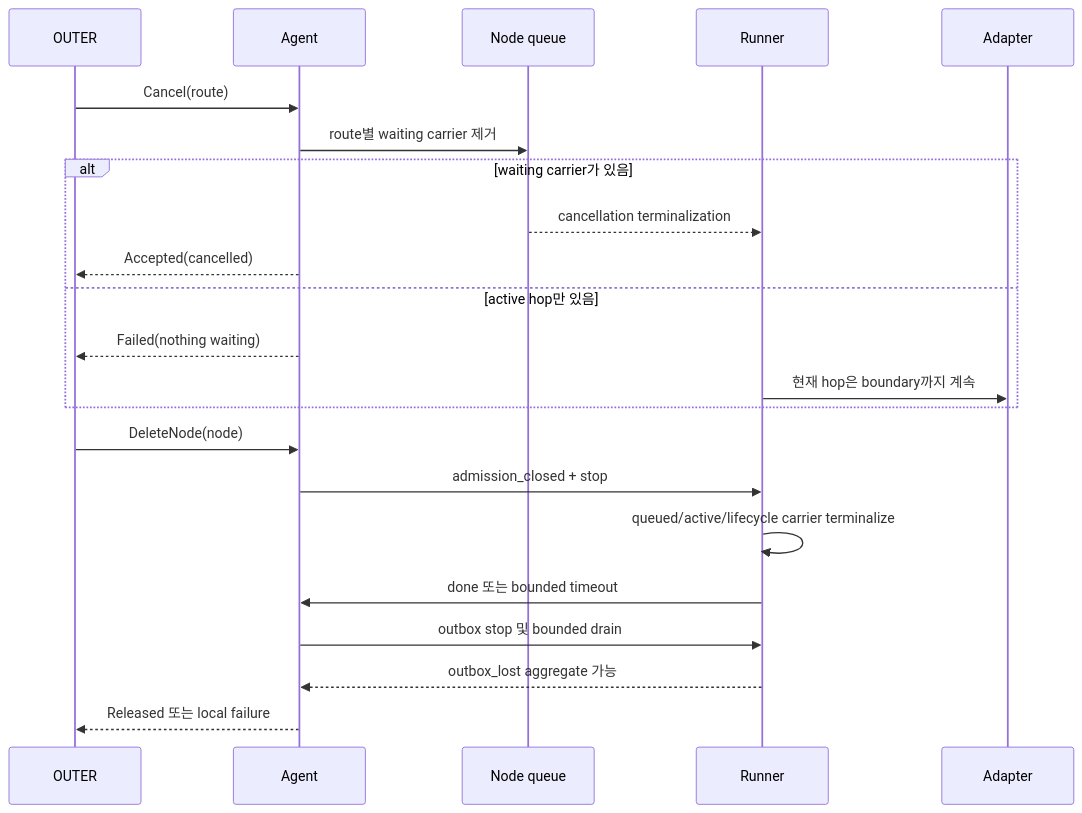
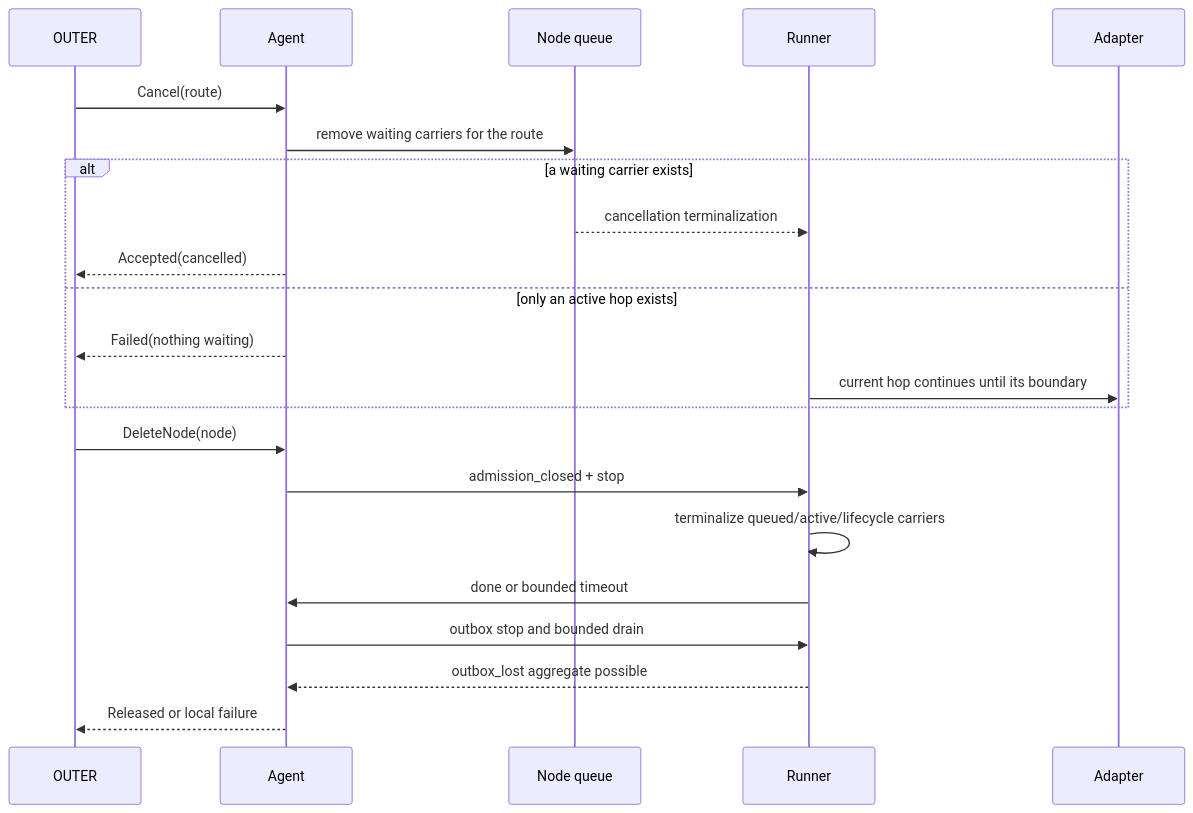
The eighth of 10 diagrams in docs/protocol.md (louisevandan/kvasir-net), drawn with Mermaid before and after one commit. The commit also changed other lines of this file and 212 other files, not shown here.

````diff
--- a/docs/protocol.md
+++ b/docs/protocol.md
@@ -1760,25 +1828,25 @@
 ```mermaid
 sequenceDiagram
     participant O as OUTER
     participant A as Agent
     participant Q as Node queue
     participant R as Runner
     participant B as Adapter
 
     O->>A: Cancel(route)
-    A->>Q: route별 waiting carrier 제거
-    alt waiting carrier가 있음
+    A->>Q: remove waiting carriers for the route
+    alt a waiting carrier exists
         Q-->>R: cancellation terminalization
         A-->>O: Accepted(cancelled)
-    else active hop만 있음
+    else only an active hop exists
         A-->>O: Failed(nothing waiting)
-        R->>B: 현재 hop은 boundary까지 계속
+        R->>B: current hop continues until its boundary
     end
     O->>A: DeleteNode(node)
     A->>R: admission_closed + stop
-    R->>R: queued/active/lifecycle carrier terminalize
-    R->>A: done 또는 bounded timeout
-    A->>R: outbox stop 및 bounded drain
-    R-->>A: outbox_lost aggregate 가능
-    A-->>O: Released 또는 local failure
+    R->>R: terminalize queued/active/lifecycle carriers
+    R->>A: done or bounded timeout
+    A->>R: outbox stop and bounded drain
+    R-->>A: outbox_lost aggregate possible
+    A-->>O: Released or local failure
 ```
````
